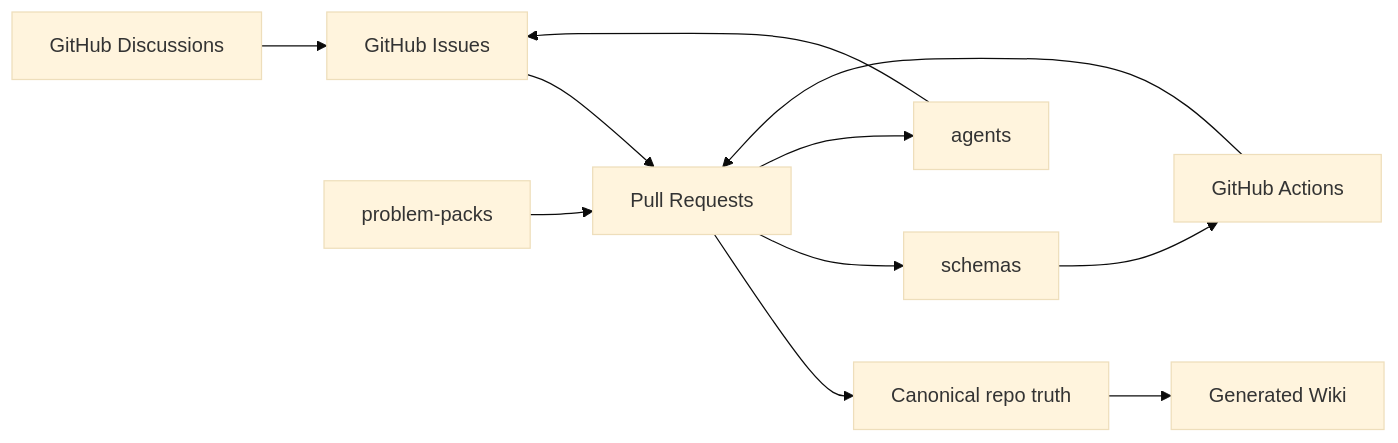
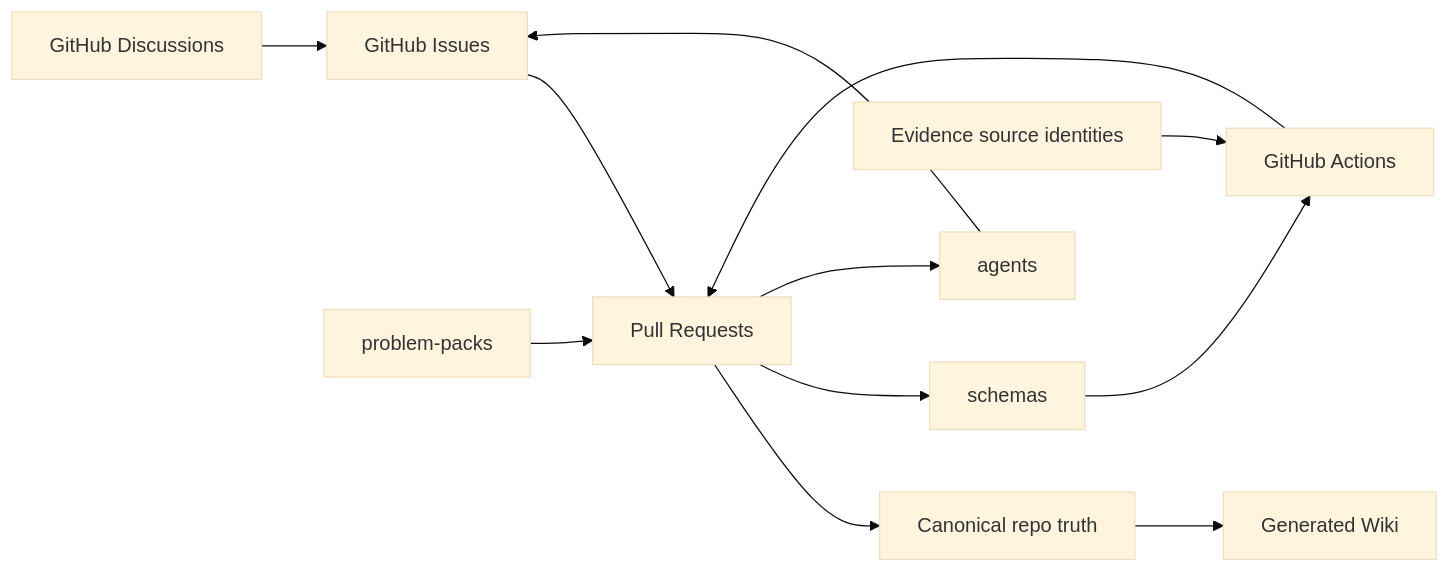
Before and after one commit to streamentry/open-problem-lab: the second of 3 diagrams in AGENTS.md, drawn with Mermaid (base theme). The commit also changed other lines of this file and 42 other files, not shown here.

First line of the commit message:
Strengthen evidence source integrity gates (#5)

````diff
--- a/AGENTS.md
+++ b/AGENTS.md
@@ -162,13 +163,14 @@
 ```mermaid
 flowchart LR
   Issues["GitHub Issues"] --> PRs["Pull Requests"]
   Discussions["GitHub Discussions"] --> Issues
   Packs["problem-packs"] --> PRs
   Schemas["schemas"] --> Actions["GitHub Actions"]
+  Evidence["Evidence source identities"] --> Actions
   Agents["agents"] --> Issues
   Actions --> PRs
   PRs --> Canon["Canonical repo truth"]
   Canon --> Wiki["Generated Wiki"]
   PRs --> Schemas
   PRs --> Agents
 ```
````
